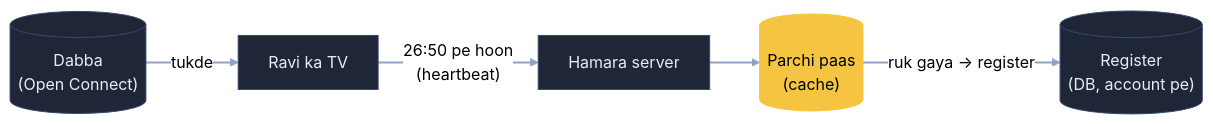
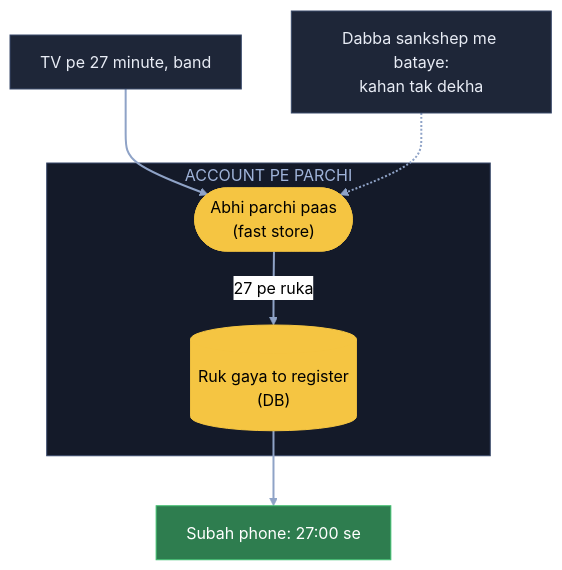
Before and after one commit to ArpanMaheshwari144/Prep: the sixth of 7 diagrams in 04_HLD/SYSTEM_DESIGNS/18_netflix/18_netflix.md, drawn with Mermaid (neutral theme). The commit also changed other lines of this file, not shown here.

Commit message:
Netflix: 7 diagram hand notes ke shabdon se (apne shehar me file, pen drive, guard, parchi, game parlour)

````diff
--- a/04_HLD/SYSTEM_DESIGNS/18_netflix/18_netflix.md
+++ b/04_HLD/SYSTEM_DESIGNS/18_netflix/18_netflix.md
@@ -173,11 +216,20 @@
 ```mermaid
-flowchart LR
-    B[("Dabba<br/>(Open Connect)")] -- "tukde" --> R["Ravi ka TV"]
-    R -- "26:50 pe hoon<br/>(heartbeat)" --> W["Hamara server"]
-    W --> C[("Parchi paas<br/>(cache)")]
-    C -- "ruk gaya -> register" --> D[("Register<br/>(DB, account pe)")]
-    class C hl
-    classDef default fill:#1e2638,stroke:#3a4a6b,color:#e8ecf5
-    classDef hl fill:#f5c542,stroke:#f5c542,color:#000
+flowchart TB
+    T["TV pe 27 minute, band"]:::card
+    subgraph AP["ACCOUNT PE PARCHI"]
+        P(["Abhi parchi paas<br/>(fast store)"]):::pill
+        R[("Ruk gaya to register<br/>(DB)")]:::pill
+    end
+    D["Dabba sankshep me bataye:<br/>kahan tak dekha"]:::card
+    PH["Subah phone: 27:00 se"]:::good
+    T --> P
+    D -.-> P
+    P -- "27 pe ruka" --> R
+    R --> PH
     linkStyle default stroke:#8fa3c7,stroke-width:2px
+    classDef card fill:#1e2638,stroke:#3a4a6b,color:#e8ecf5
+    classDef pill fill:#f5c542,stroke:#f5c542,color:#000
+    classDef good fill:#2e7d4f,stroke:#3fbf6f,color:#fff
+    classDef bad fill:#5c1f24,stroke:#e05561,color:#fff
+    style AP fill:#141a29,stroke:#3a4a6b,color:#9fb3d9
 ```
````
